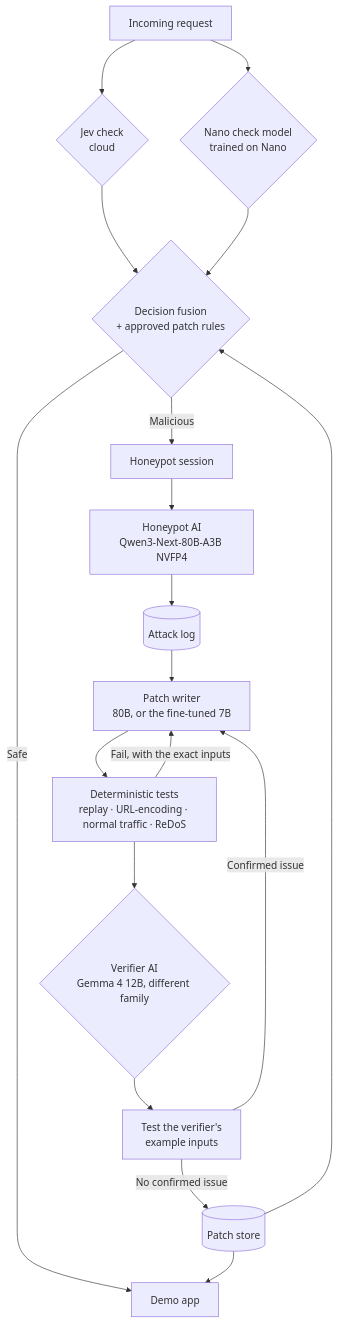
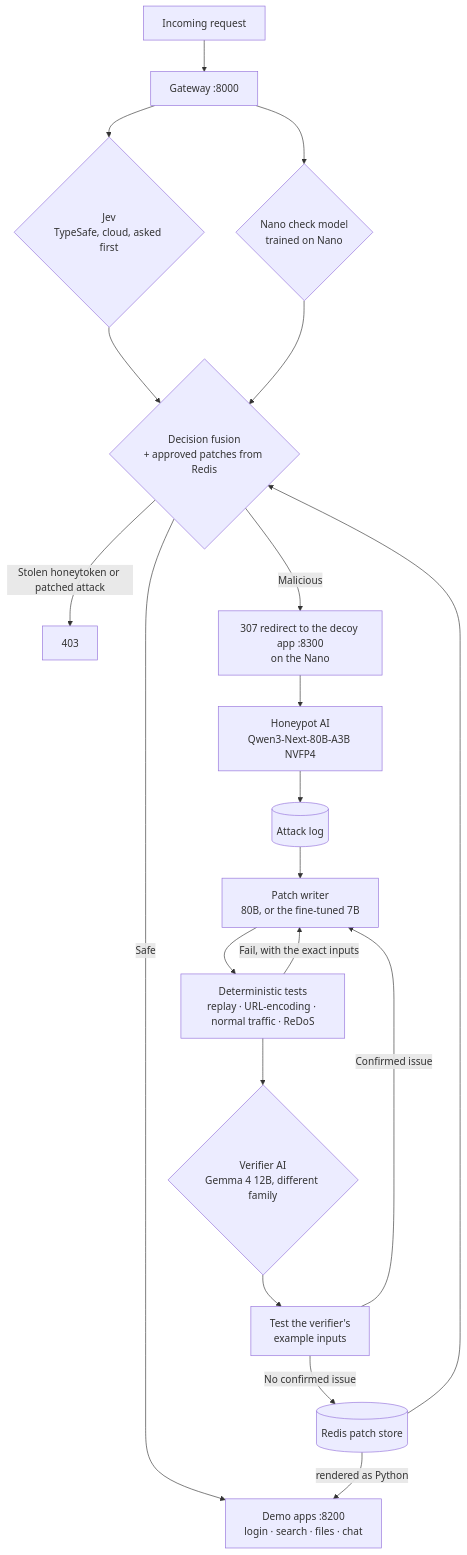
The diagram in README.md (prags8585/EdgeA1), drawn with Mermaid before and after one commit. The commit also changed other lines of this file and 33 other files, not shown here.

First line of the commit message:
Jev first, decoy app + gateway, Redis patch store, code patches rendered into four demo apps

````diff
--- a/README.md
+++ b/README.md
@@ -47,20 +47,22 @@
 ```mermaid
 flowchart TD
-    R[Incoming request] --> J{Jev check<br/>cloud}
-    R --> N{Nano check model<br/>trained on Nano}
-    J --> D{Decision fusion<br/>+ approved patch rules}
+    R[Incoming request] --> GW[Gateway :8000]
+    GW --> J{Jev<br/>TypeSafe, cloud, asked first}
+    GW --> N{Nano check model<br/>trained on Nano}
+    J --> D{Decision fusion<br/>+ approved patches from Redis}
     N --> D
-    D -->|Safe| A[Demo app]
-    D -->|Malicious| G[Honeypot session]
-    G --> H[Honeypot AI<br/>Qwen3-Next-80B-A3B NVFP4]
+    D -->|Safe| A[Demo apps :8200<br/>login · search · files · chat]
+    D -->|Stolen honeytoken or patched attack| X[403]
+    D -->|Malicious| DC[307 redirect to the decoy app :8300<br/>on the Nano]
+    DC --> H[Honeypot AI<br/>Qwen3-Next-80B-A3B NVFP4]
     H --> L[(Attack log)]
     L --> W[Patch writer<br/>80B, or the fine-tuned 7B]
     W --> T[Deterministic tests<br/>replay · URL-encoding · normal traffic · ReDoS]
     T -->|Fail, with the exact inputs| W
     T --> V{Verifier AI<br/>Gemma 4 12B, different family}
     V --> C[Test the verifier's<br/>example inputs]
     C -->|Confirmed issue| W
-    C -->|No confirmed issue| S[(Patch store)]
+    C -->|No confirmed issue| S[(Redis patch store)]
     S --> D
-    S --> A
+    S -->|rendered as Python| A
 ```
````
